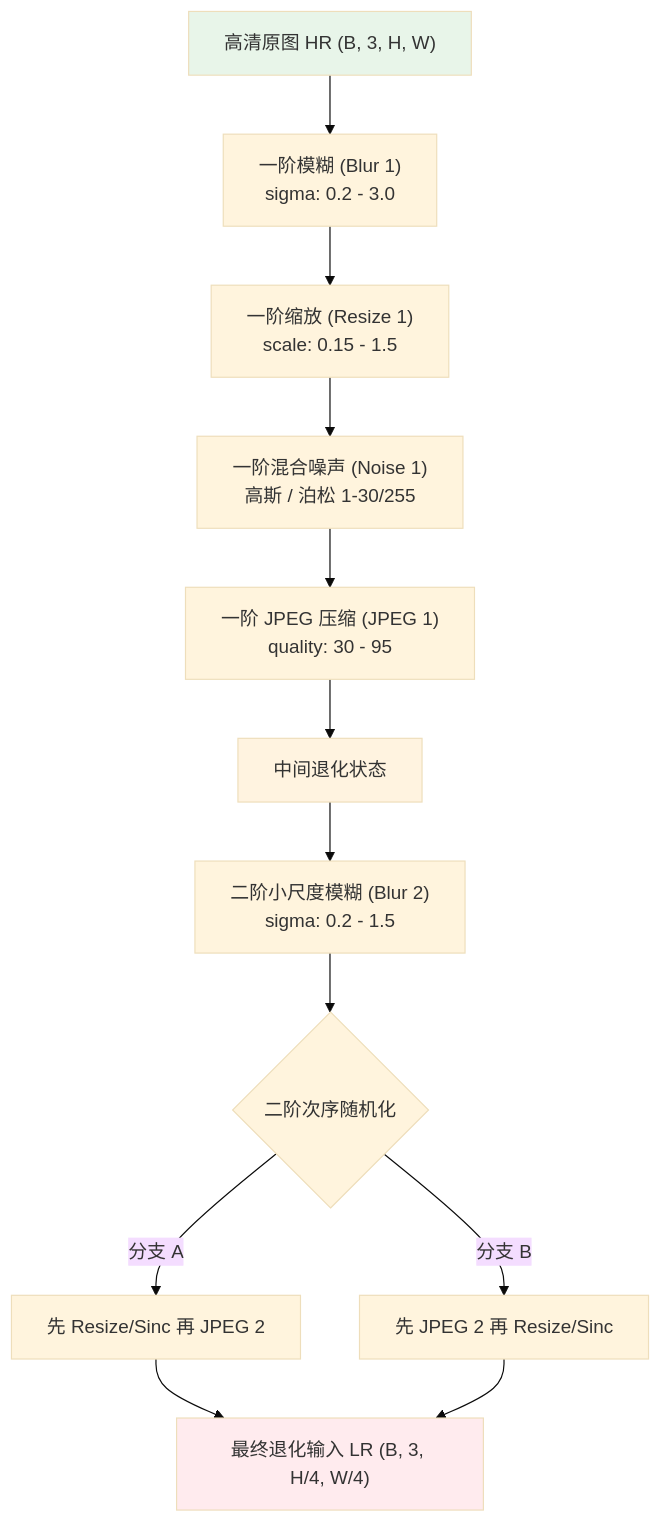
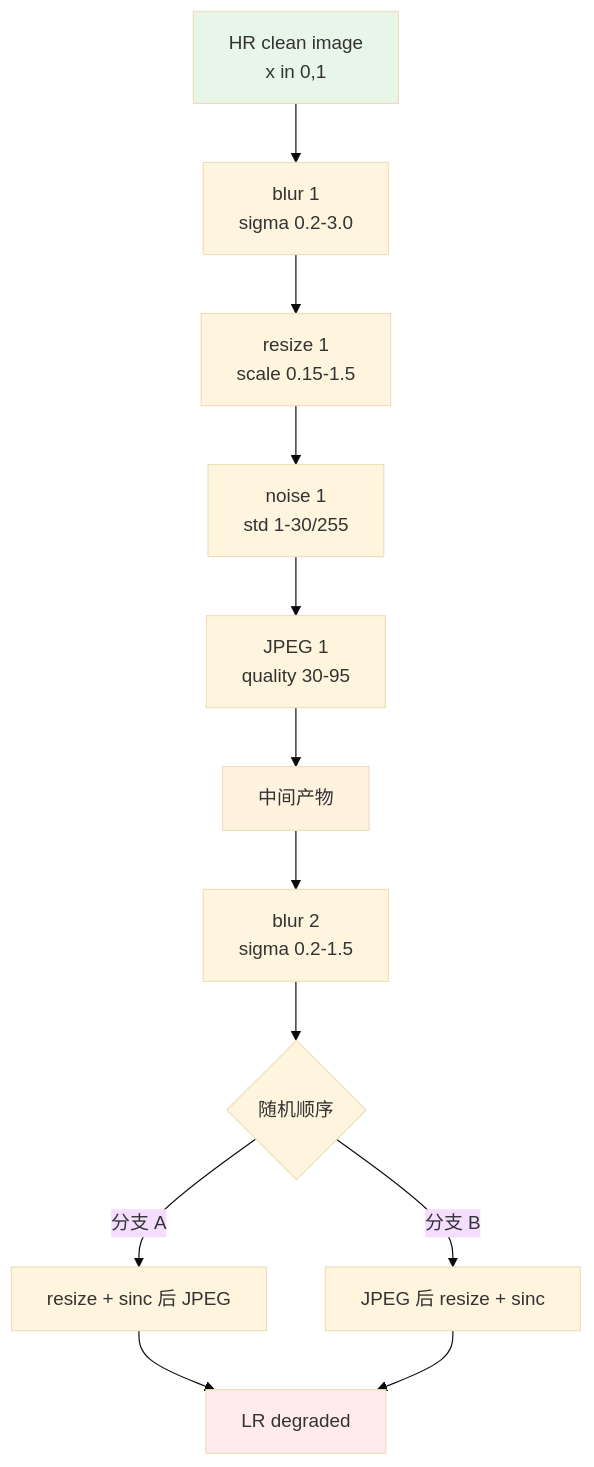
Before and after one commit to yingwang/image-enhancement-guide: the second of 4 diagrams in chapters/05-degradation-pipeline.md, drawn with Mermaid (base theme). The commit also changed other lines of this file and 18 other files, not shown here.

````diff
--- a/chapters/05-degradation-pipeline.md
+++ b/chapters/05-degradation-pipeline.md
@@ -148,18 +203,19 @@
 ```mermaid
 graph TD
-    HR["高清原图 HR (B, 3, H, W)"] --> B1["一阶模糊 (Blur 1)<br/>sigma: 0.2 - 3.0"]
-    B1 --> R1["一阶缩放 (Resize 1)<br/>scale: 0.15 - 1.5"]
-    R1 --> N1["一阶混合噪声 (Noise 1)<br/>高斯 / 泊松 1-30/255"]
-    N1 --> J1["一阶 JPEG 压缩 (JPEG 1)<br/>quality: 30 - 95"]
-    J1 --> Mid["中间退化状态"]
-    Mid --> B2["二阶小尺度模糊 (Blur 2)<br/>sigma: 0.2 - 1.5"]
-    B2 --> Choice{"二阶次序随机化"}
-    Choice -->|分支 A| A1["先 Resize/Sinc 再 JPEG 2"]
-    Choice -->|分支 B| A2["先 JPEG 2 再 Resize/Sinc"]
-    A1 --> LR["最终退化输入 LR (B, 3, H/4, W/4)"]
+    HR[HR clean image<br/>x in 0,1]
+    HR --> B1[blur 1<br/>sigma 0.2-3.0]
+    B1 --> R1[resize 1<br/>scale 0.15-1.5]
+    R1 --> N1[noise 1<br/>std 1-30/255]
+    N1 --> J1[JPEG 1<br/>quality 30-95]
+    J1 --> Mid[中间产物]
+    Mid --> B2[blur 2<br/>sigma 0.2-1.5]
+    B2 --> Choice{随机顺序}
+    Choice -->|分支 A| A1[resize + sinc 后 JPEG]
+    Choice -->|分支 B| A2[JPEG 后 resize + sinc]
+    A1 --> LR[LR degraded]
     A2 --> LR
 
     style HR fill:#e8f5e9
     style Mid fill:#fff3e0
     style LR fill:#ffebee
 ```
````
